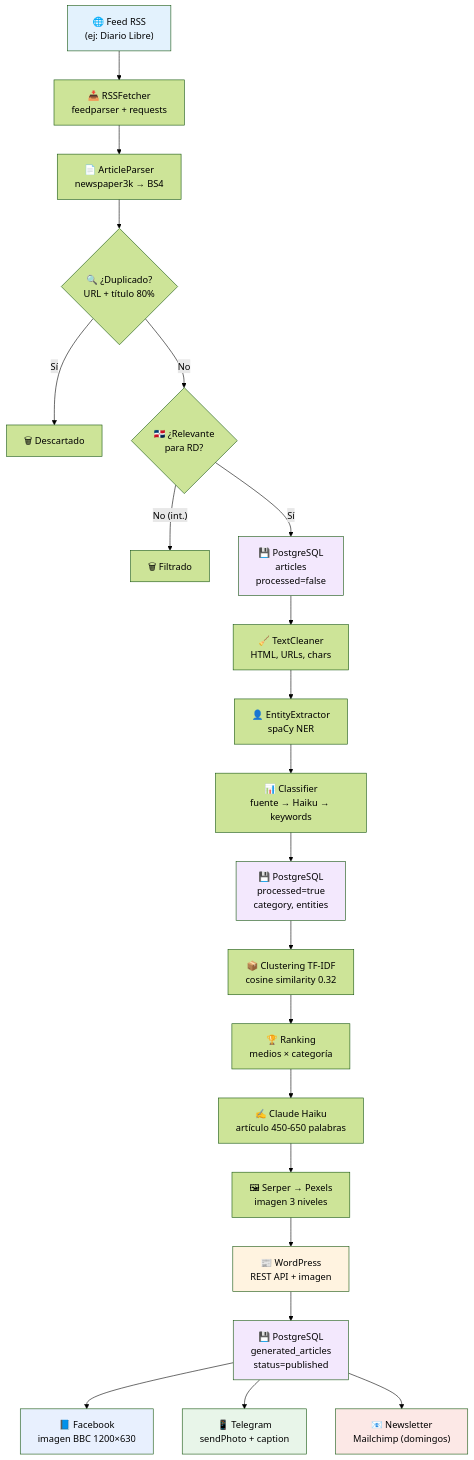
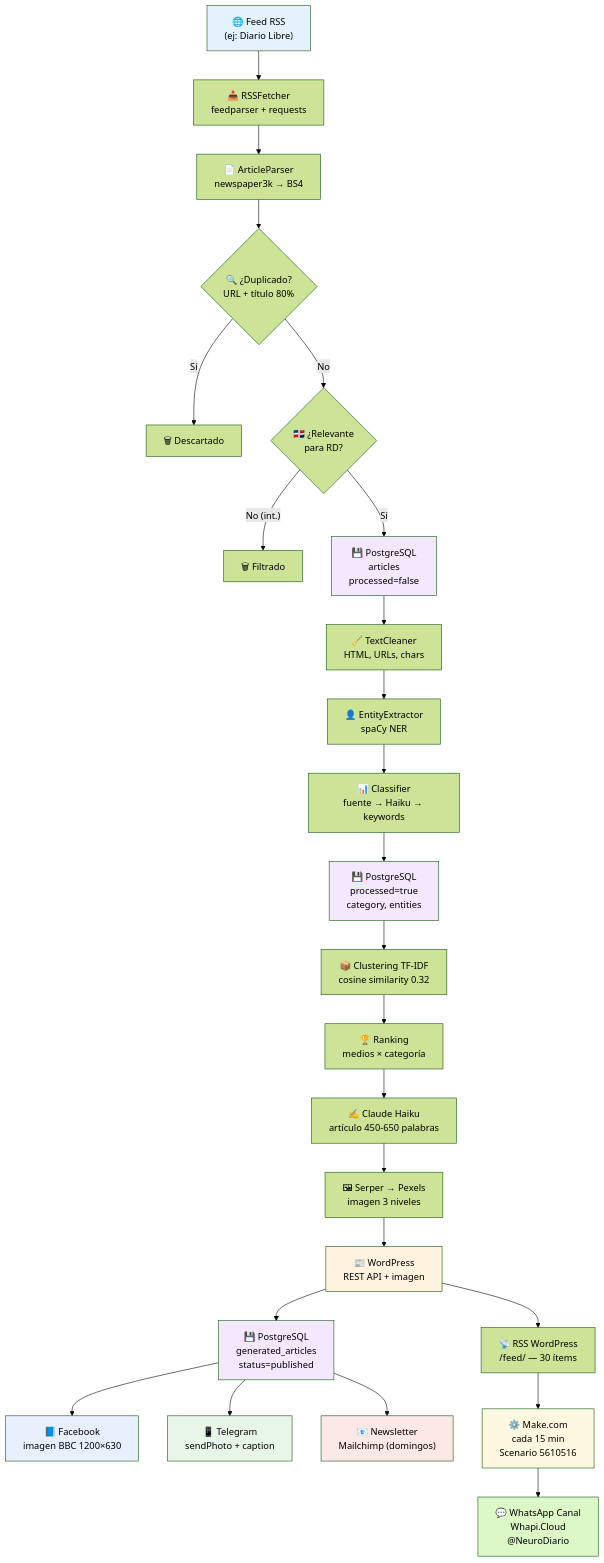
One commit to carloscheco-cloud/NeuroDiario changed the diagram in docs/DATA_FLOW.md. Above: the diagram before and after it, drawn with Mermaid (forest theme). The commit also changed other lines of this file and 3 other files, not shown here.

````diff
--- a/docs/DATA_FLOW.md
+++ b/docs/DATA_FLOW.md
@@ -5,35 +5,41 @@
 ```mermaid
 flowchart TD
     A["🌐 Feed RSS<br>(ej: Diario Libre)"] --> B["📥 RSSFetcher<br>feedparser + requests"]
     B --> C["📄 ArticleParser<br>newspaper3k → BS4"]
     C --> D{"🔍 ¿Duplicado?<br>URL + título 80%"}
     D -- "Sí" --> X1["🗑 Descartado"]
     D -- "No" --> E{"🇩🇴 ¿Relevante<br>para RD?"}
     E -- "No (int.)" --> X2["🗑 Filtrado"]
     E -- "Sí" --> F["💾 PostgreSQL<br>articles<br>processed=false"]
     
     F --> G["🧹 TextCleaner<br>HTML, URLs, chars"]
     G --> H["👤 EntityExtractor<br>spaCy NER"]
     H --> I["📊 Classifier<br>fuente → Haiku → keywords"]
     I --> J["💾 PostgreSQL<br>processed=true<br>category, entities"]
     
     J --> K["📦 Clustering TF-IDF<br>cosine similarity 0.32"]
     K --> L["🏆 Ranking<br>medios × categoría"]
     L --> M["✍️ Claude Haiku<br>artículo 450-650 palabras"]
     M --> N["🖼 Serper → Pexels<br>imagen 3 niveles"]
     N --> O["📰 WordPress<br>REST API + imagen"]
     O --> P["💾 PostgreSQL<br>generated_articles<br>status=published"]
     
     P --> Q["📘 Facebook<br>imagen BBC 1200×630"]
     P --> R["📱 Telegram<br>sendPhoto + caption"]
     P --> S["📧 Newsletter<br>Mailchimp (domingos)"]
+    
+    O --> T["📡 RSS WordPress<br>/feed/ — 30 ítems"]
+    T --> U["⚙️ Make.com<br>cada 15 min<br>Scenario 5610516"]
+    U --> V["💬 WhatsApp Canal<br>Whapi.Cloud<br>@NeuroDiario"]
 
     style A fill:#e3f2fd
     style F fill:#f3e8fd
     style J fill:#f3e8fd
     style O fill:#fff3e0
     style P fill:#f3e8fd
     style Q fill:#e8f0fe
     style R fill:#e8f5e9
     style S fill:#fce8e6
+    style V fill:#dcf8c6
+    style U fill:#fff8e1
 ```
````
